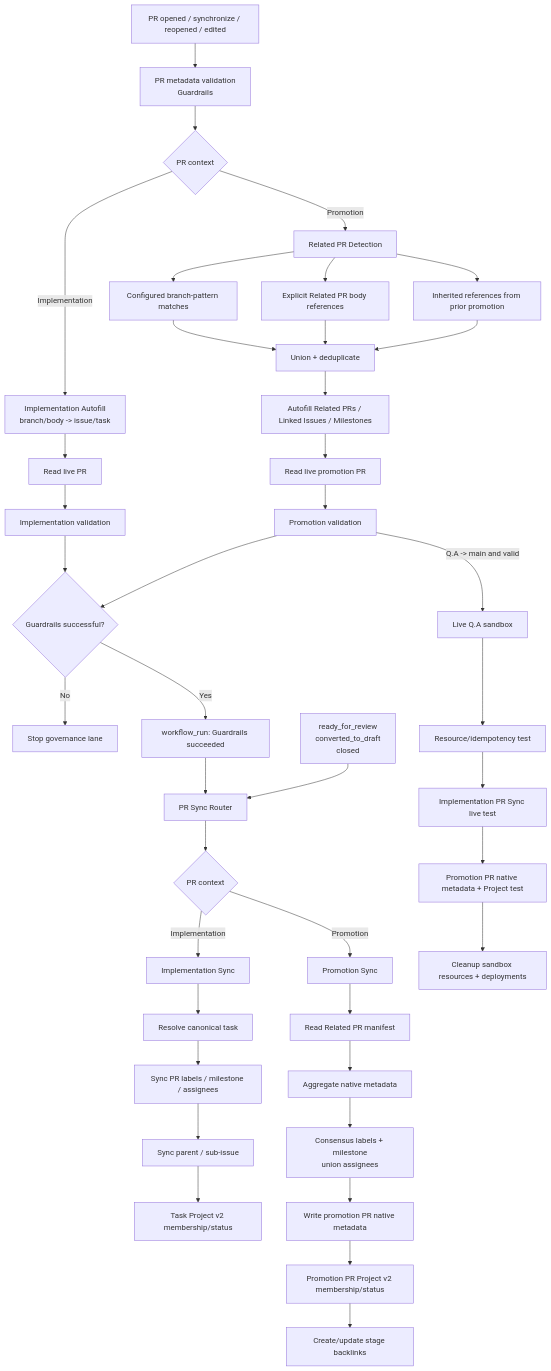
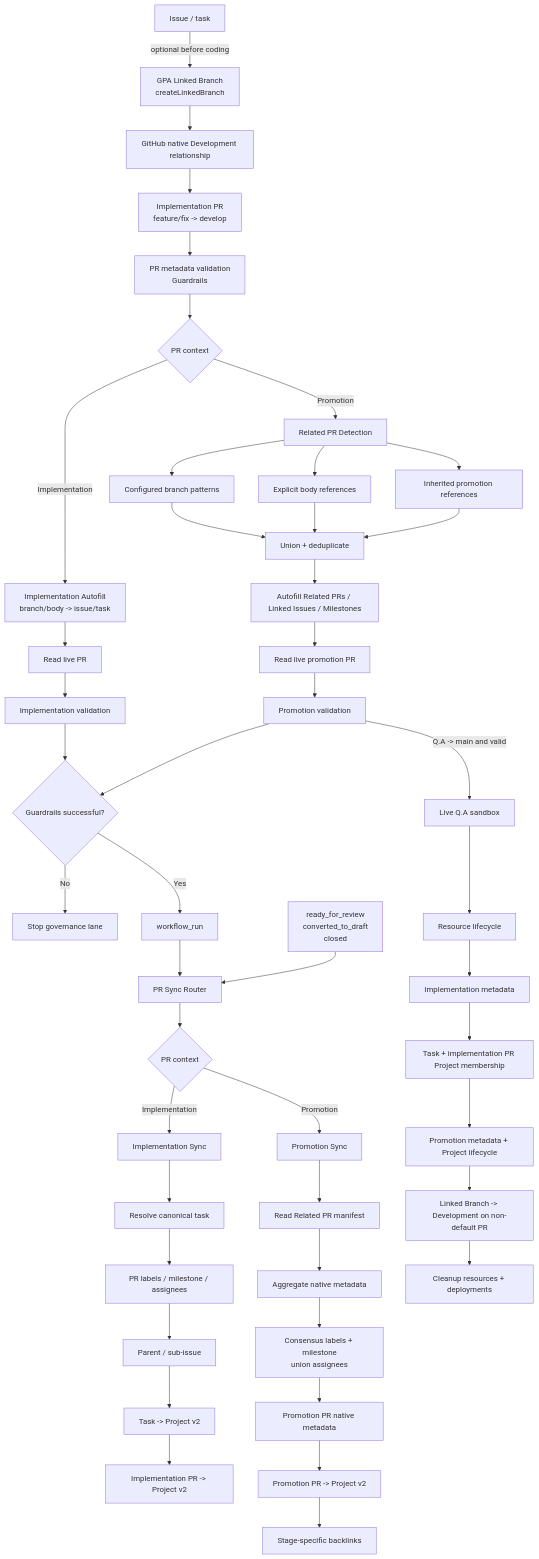
The diagram in docs/repo/pr-governance-architecture.md (v-Kaefer/Github-Project-Automation), drawn with Mermaid before and after one commit. The commit also changed other lines of this file, not shown here.

Commit message:
docs: extend governance architecture for Development and Project

````diff
--- a/docs/repo/pr-governance-architecture.md
+++ b/docs/repo/pr-governance-architecture.md
@@ -20,49 +15,55 @@
 ```mermaid
 flowchart TD
-    A[PR opened / synchronize / reopened / edited] --> G[PR metadata validation<br/>Guardrails]
+    ISSUE[Issue / task] -->|optional before coding| LB[GPA Linked Branch<br/>createLinkedBranch]
+    LB --> DEV[GitHub native Development relationship]
+    DEV --> IPR[Implementation PR<br/>feature/fix -> develop]
+
+    IPR --> G[PR metadata validation<br/>Guardrails]
     G --> R{PR context}
-
     R -->|Implementation| IAF[Implementation Autofill<br/>branch/body -> issue/task]
     IAF --> ILIVE[Read live PR]
     ILIVE --> IV[Implementation validation]
 
     R -->|Promotion| PAF[Related PR Detection]
-    PAF --> PB[Configured branch-pattern matches]
-    PAF --> PE[Explicit Related PR body references]
-    PAF --> PI[Inherited references from prior promotion]
+    PAF --> PB[Configured branch patterns]
+    PAF --> PE[Explicit body references]
+    PAF --> PI[Inherited promotion references]
     PB --> PM[Union + deduplicate]
     PE --> PM
     PI --> PM
     PM --> PWRITE[Autofill Related PRs / Linked Issues / Milestones]
     PWRITE --> PLIVE[Read live promotion PR]
     PLIVE --> PV[Promotion validation]
 
-    IV --> V{Guardrails successful?}
-    PV --> V
-    V -- No --> STOP[Stop governance lane]
-    V -- Yes --> WR[workflow_run: Guardrails succeeded]
+    IV --> OK{Guardrails successful?}
+    PV --> OK
+    OK -- No --> STOP[Stop governance lane]
+    OK -- Yes --> WR[workflow_run]
 
     WR --> S[PR Sync Router]
-    L[ready_for_review<br/>converted_to_draft<br/>closed] --> S
+    LIFE[ready_for_review<br/>converted_to_draft<br/>closed] --> S
     S --> T{PR context}
 
     T -->|Implementation| IS[Implementation Sync]
     IS --> TASK[Resolve canonical task]
-    TASK --> IMETA[Sync PR labels / milestone / assignees]
-    IMETA --> REL[Sync parent / sub-issue]
-    REL --> IPROJ[Task Project v2 membership/status]
+    TASK --> IMETA[PR labels / milestone / assignees]
+    IMETA --> REL[Parent / sub-issue]
+    REL --> TPROJ[Task -> Project v2]
+    TPROJ --> IPROJ[Implementation PR -> Project v2]
 
     T -->|Promotion| PS[Promotion Sync]
     PS --> MANIFEST[Read Related PR manifest]
     MANIFEST --> AGG[Aggregate native metadata]
     AGG --> PCONS[Consensus labels + milestone<br/>union assignees]
-    PCONS --> PPR[Write promotion PR native metadata]
-    PPR --> PPROJ[Promotion PR Project v2 membership/status]
-    PPROJ --> BACKLINK[Create/update stage backlinks]
+    PCONS --> PMETA[Promotion PR native metadata]
+    PMETA --> PPROJ[Promotion PR -> Project v2]
+    PPROJ --> BACK[Stage-specific backlinks]
 
     PV -->|Q.A -> main and valid| QA[Live Q.A sandbox]
-    QA --> QAR[Resource/idempotency test]
-    QAR --> QAI[Implementation PR Sync live test]
-    QAI --> QAP[Promotion PR native metadata + Project test]
-    QAP --> QAC[Cleanup sandbox resources + deployments]
+    QA --> QAR[Resource lifecycle]
+    QAR --> QAI[Implementation metadata]
+    QAI --> QAIP[Task + implementation PR Project membership]
+    QAIP --> QAP[Promotion metadata + Project lifecycle]
+    QAP --> QAD[Linked Branch -> Development on non-default PR]
+    QAD --> QAC[Cleanup resources + deployments]
 ```
````
